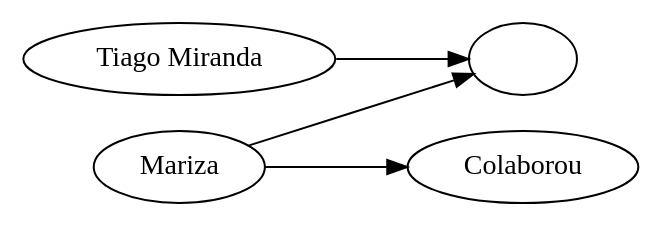
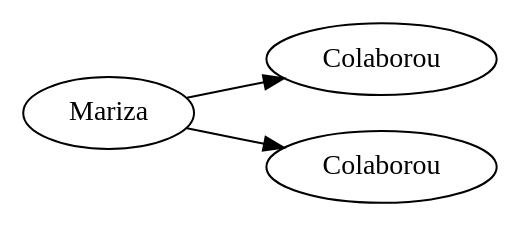
The diagram in TP3/grafo.dot (henriquejosefaria/PL), drawn with Graphviz before and after one commit. The commit also changed 6 other files, not shown here.

```diff
--- a/TP3/grafo.dot
+++ b/TP3/grafo.dot
@@ -1,17 +1,17 @@
 digraph {
 rankdir=LR;
-"Tiago Miranda" -> { ""};
+"Tiago Miranda" -> {};
 
 
 
 
 
 
-"Mariza" -> { "Artur Batalha"[label="Colaborou"]; ""};
+"Mariza" -> { "Artur Batalha"[label="Colaborou"]; "Tiago Miranda"[label="Colaborou"];};
 
 
 
 
 
 
 }
```
